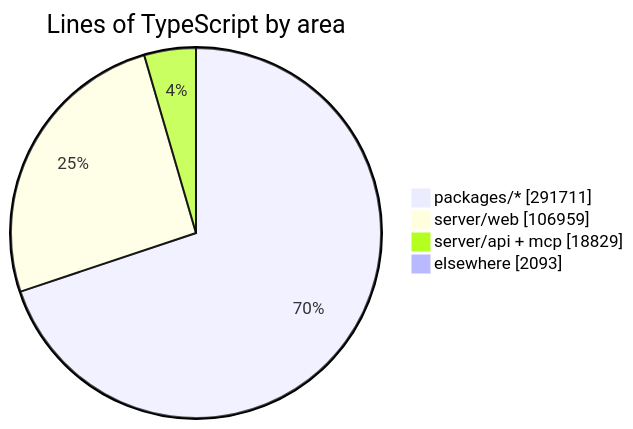
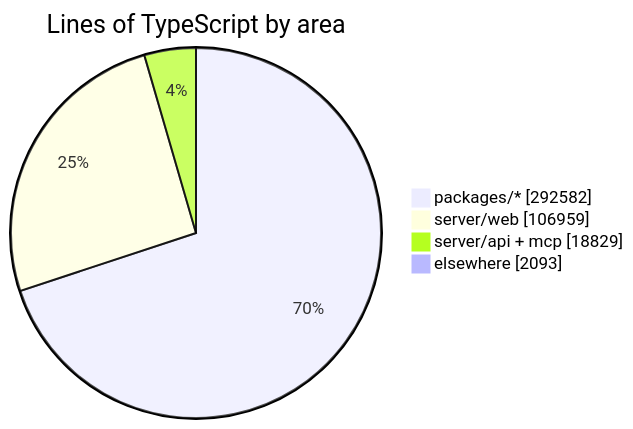
The diagram in README.md (crossworks-engineering/mantle), drawn with Mermaid before and after one commit. The commit also changed other lines of this file and 2 other files, not shown here.

````diff
--- a/README.md
+++ b/README.md
@@ -294,7 +294,7 @@
 ```mermaid
 pie showData title Lines of TypeScript by area
-    "packages/*" : 291711
+    "packages/*" : 292582
     "server/web" : 106959
     "server/api + mcp" : 18829
     "elsewhere" : 2093
 ```
````
